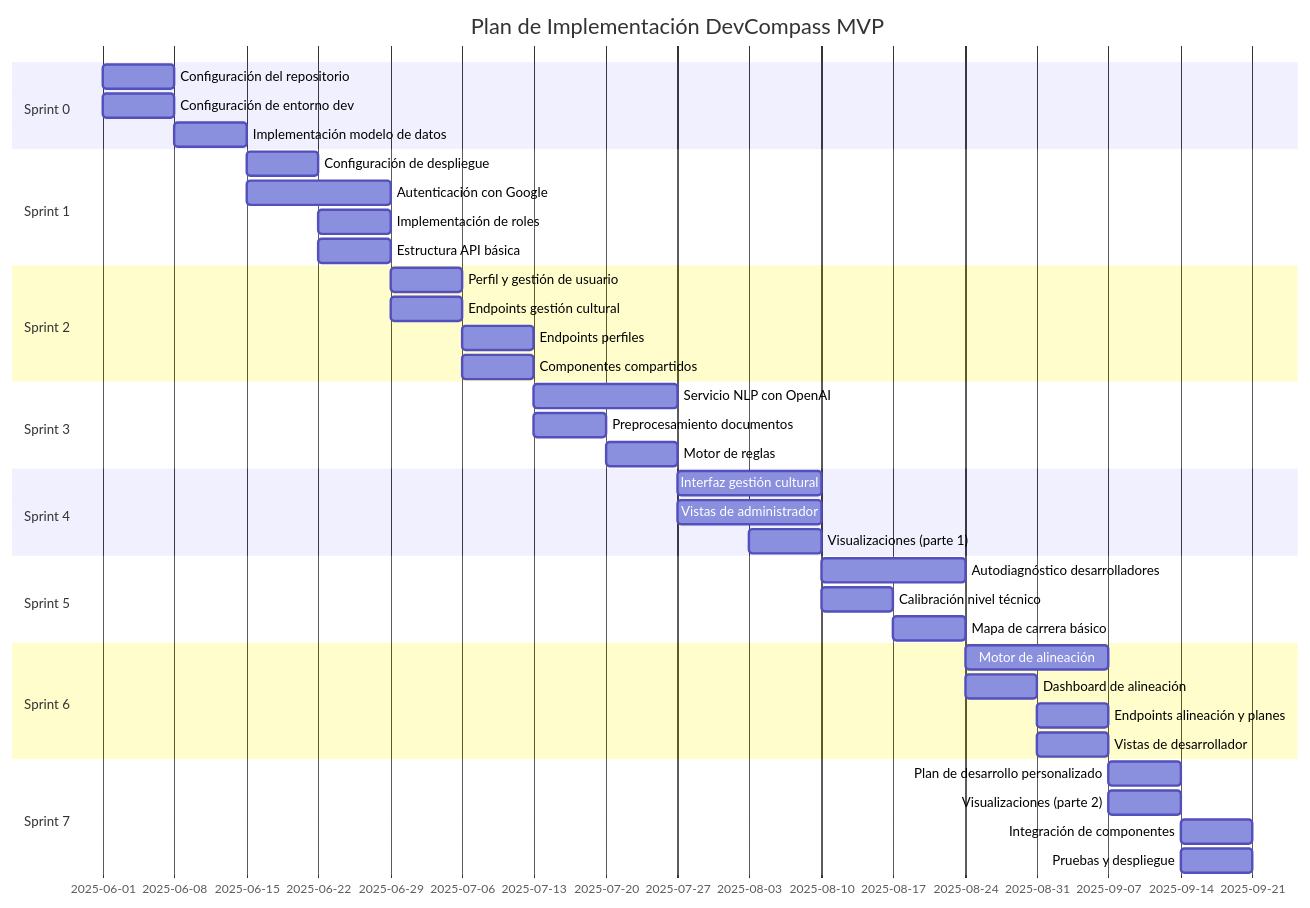
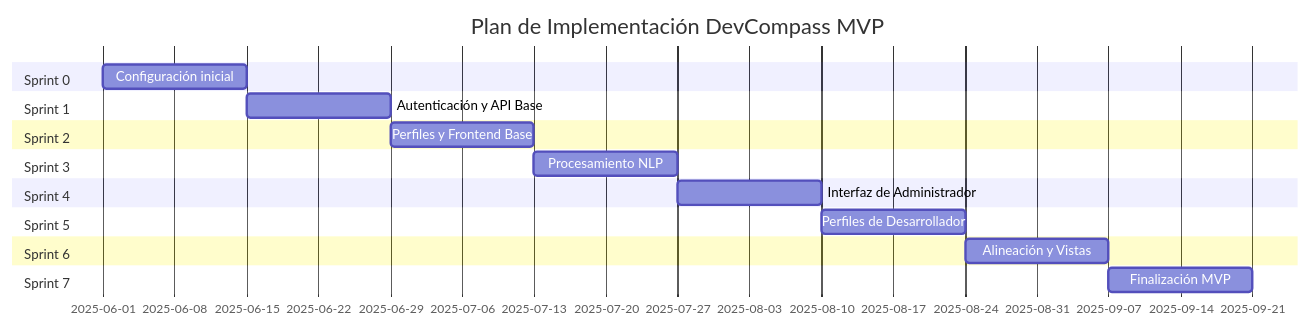
Before and after one commit to vandremiguelramos/AI4Devs-finalproject: the seventh of 7 diagrams in finalproject-VMR/readme.md, drawn with Mermaid. The commit also changed other lines of this file, not shown here.

````diff
--- a/finalproject-VMR/readme.md
+++ b/finalproject-VMR/readme.md
@@ -532,48 +799,28 @@
 ```mermaid
 gantt
     title Plan de Implementación DevCompass MVP
     dateFormat  YYYY-MM-DD
     section Sprint 0
-    Configuración del repositorio                  :a1, 2025-06-01, 1w
-    Configuración de entorno dev                   :a2, 2025-06-01, 1w
-    Implementación modelo de datos                 :a3, 2025-06-08, 1w
+    Configuración inicial                          :a1, 2025-06-01, 2w
     
     section Sprint 1
-    Configuración de despliegue                    :b1, 2025-06-15, 1w
-    Autenticación con Google                       :b2, 2025-06-15, 2w
-    Implementación de roles                        :b3, 2025-06-22, 1w
-    Estructura API básica                          :b4, 2025-06-22, 1w
+    Autenticación y API Base                       :b1, 2025-06-15, 2w
     
     section Sprint 2
-    Perfil y gestión de usuario                    :c1, 2025-06-29, 1w
-    Endpoints gestión cultural                     :c2, 2025-06-29, 1w
-    Endpoints perfiles                             :c3, 2025-07-06, 1w
-    Componentes compartidos                        :c4, 2025-07-06, 1w
+    Perfiles y Frontend Base                       :c1, 2025-06-29, 2w
     
     section Sprint 3
-    Servicio NLP con OpenAI                        :d1, 2025-07-13, 2w
-    Preprocesamiento documentos                    :d2, 2025-07-13, 1w
-    Motor de reglas                                :d3, 2025-07-20, 1w
+    Procesamiento NLP                              :d1, 2025-07-13, 2w
     
     section Sprint 4
-    Interfaz gestión cultural                      :e1, 2025-07-27, 2w
-    Vistas de administrador                        :e2, 2025-07-27, 2w
-    Visualizaciones (parte 1)                      :e3, 2025-08-03, 1w
+    Interfaz de Administrador                      :e1, 2025-07-27, 2w
     
     section Sprint 5
-    Autodiagnóstico desarrolladores                :f1, 2025-08-10, 2w
-    Calibración nivel técnico                      :f2, 2025-08-10, 1w
-    Mapa de carrera básico                         :f3, 2025-08-17, 1w
+    Perfiles de Desarrollador                      :f1, 2025-08-10, 2w
     
     section Sprint 6
-    Motor de alineación                            :g1, 2025-08-24, 2w
-    Dashboard de alineación                        :g2, 2025-08-24, 1w
-    Endpoints alineación y planes                  :g3, 2025-08-31, 1w
-    Vistas de desarrollador                        :g4, 2025-08-31, 1w
+    Alineación y Vistas                            :g1, 2025-08-24, 2w
     
     section Sprint 7
-    Plan de desarrollo personalizado               :h1, 2025-09-07, 1w
-    Visualizaciones (parte 2)                      :h2, 2025-09-07, 1w
-    Integración de componentes                     :h3, 2025-09-14, 1w
-    Pruebas y despliegue                           :h4, 2025-09-14, 1w
+    Finalización MVP                               :h1, 2025-09-07, 2w
 ```
````
